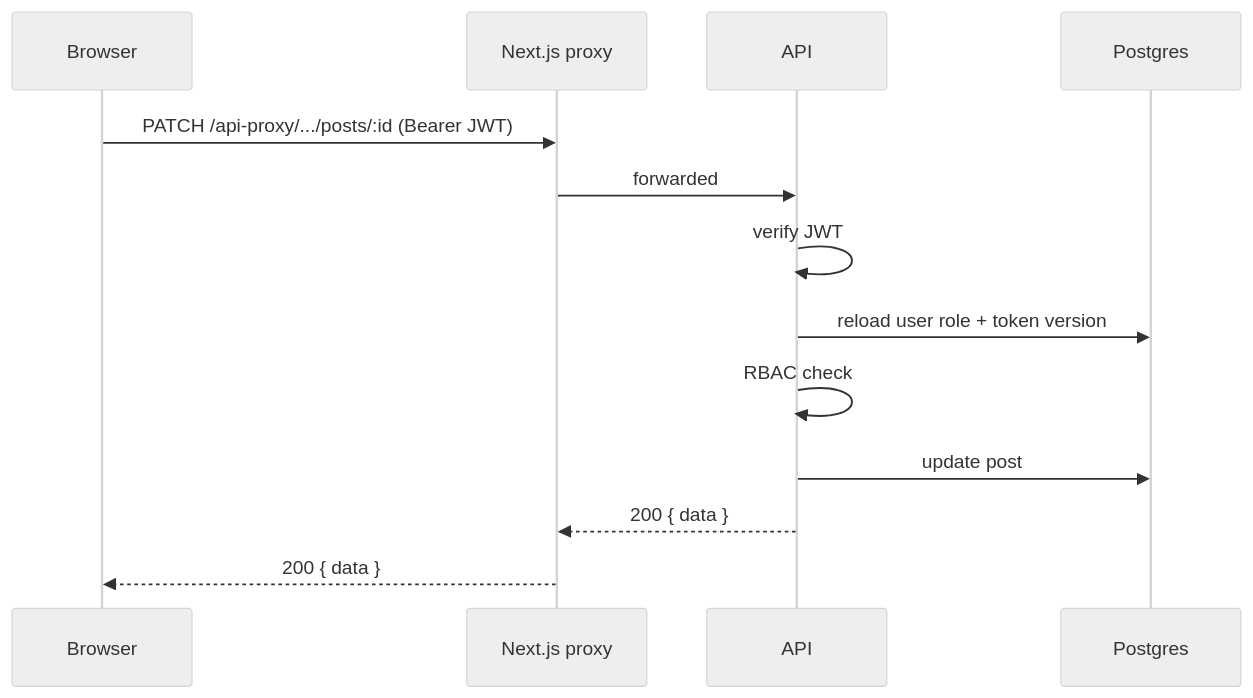
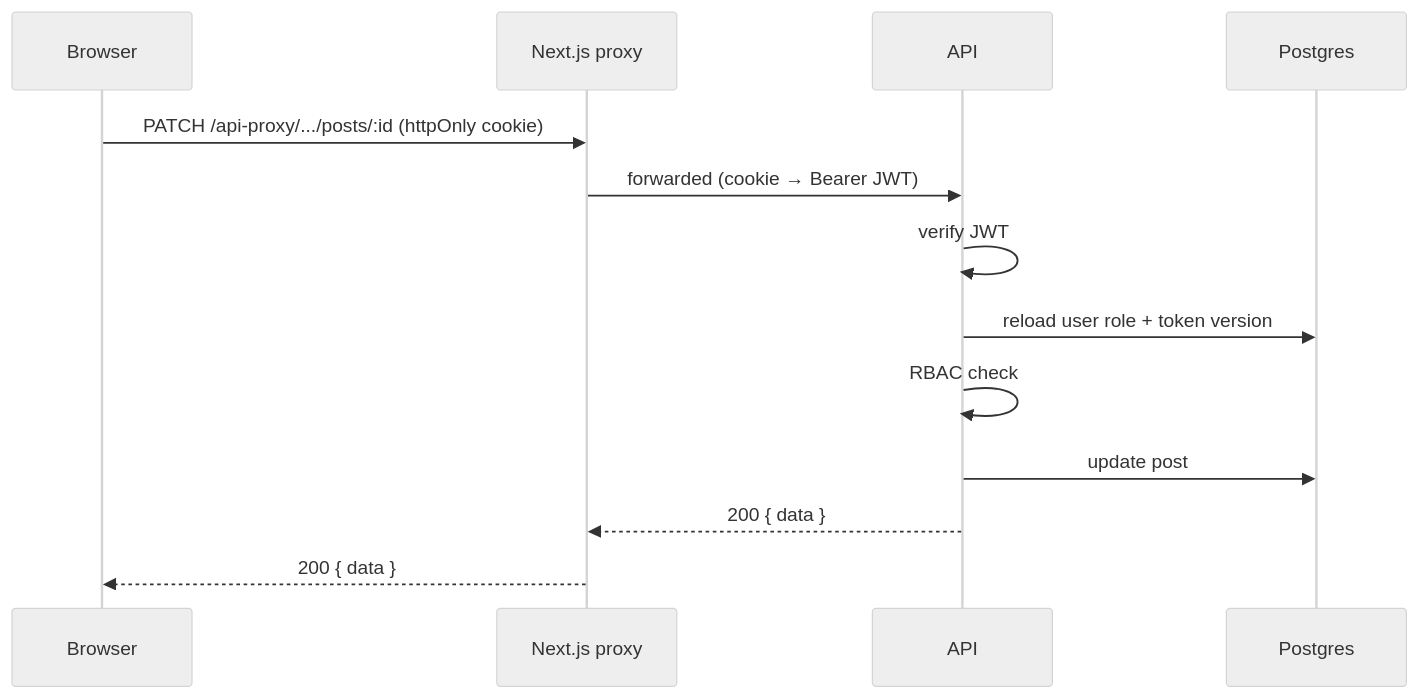
Before and after one commit to ZIDAN44/Czy_Blog: the second of 4 diagrams in docs/architecture.md, drawn with Mermaid (neutral theme). The commit also changed other lines of this file and 58 other files, not shown here.

````diff
--- a/docs/architecture.md
+++ b/docs/architecture.md
@@ -64,16 +84,16 @@
 ```mermaid
 sequenceDiagram
     participant B as Browser
     participant N as Next.js proxy
     participant A as API
     participant D as Postgres
 
-    B->>N: PATCH /api-proxy/.../posts/:id (Bearer JWT)
-    N->>A: forwarded
+    B->>N: PATCH /api-proxy/.../posts/:id (httpOnly cookie)
+    N->>A: forwarded (cookie → Bearer JWT)
     A->>A: verify JWT
     A->>D: reload user role + token version
     A->>A: RBAC check
     A->>D: update post
     A-->>N: 200 { data }
     N-->>B: 200 { data }
 ```
````
